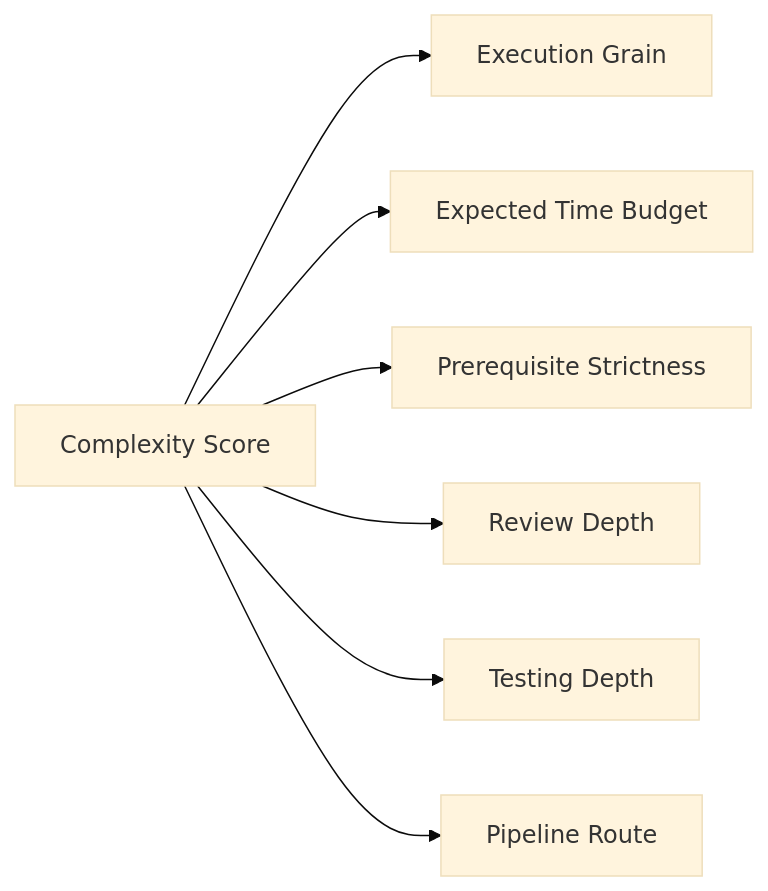
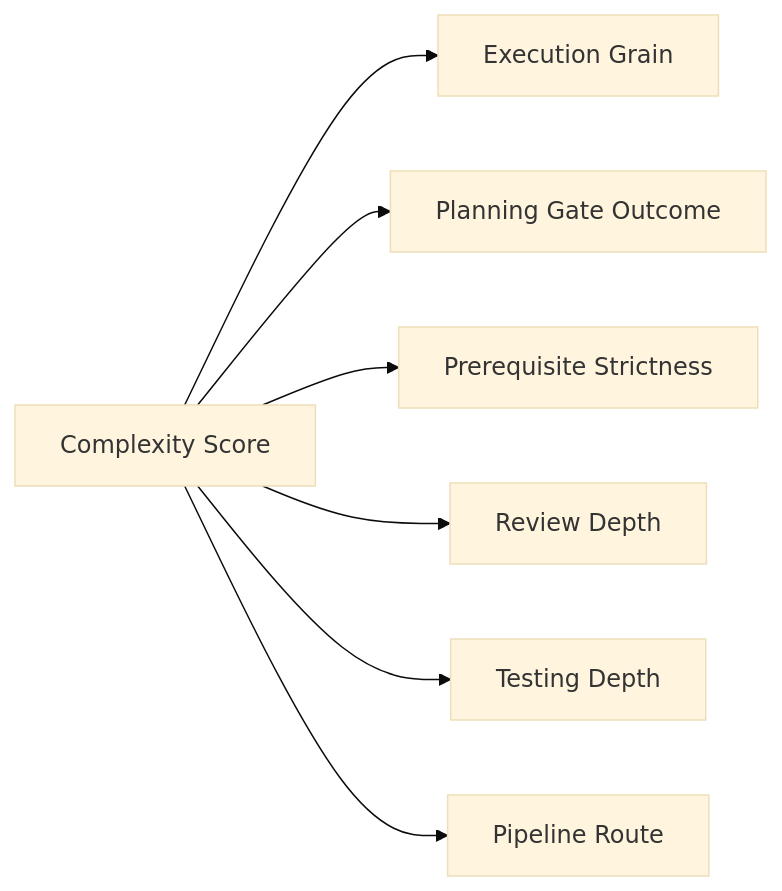
The fourth of 16 diagrams in docs/pi-dev-production-line-whitepaper.md (Holovkat/pi-extensions), drawn with Mermaid (base theme) before and after one commit. The commit also changed other lines of this file and 10 other files, not shown here.

````diff
--- a/docs/pi-dev-production-line-whitepaper.md
+++ b/docs/pi-dev-production-line-whitepaper.md
@@ -301,9 +301,9 @@
 ```mermaid
 flowchart LR
     SCORE["Complexity Score"] --> GRAIN["Execution Grain"]
-    SCORE --> TIME["Expected Time Budget"]
+    SCORE --> GATE["Planning Gate Outcome"]
     SCORE --> PRE["Prerequisite Strictness"]
     SCORE --> REV["Review Depth"]
     SCORE --> TEST["Testing Depth"]
     SCORE --> ROUTE["Pipeline Route"]
 ```
````
